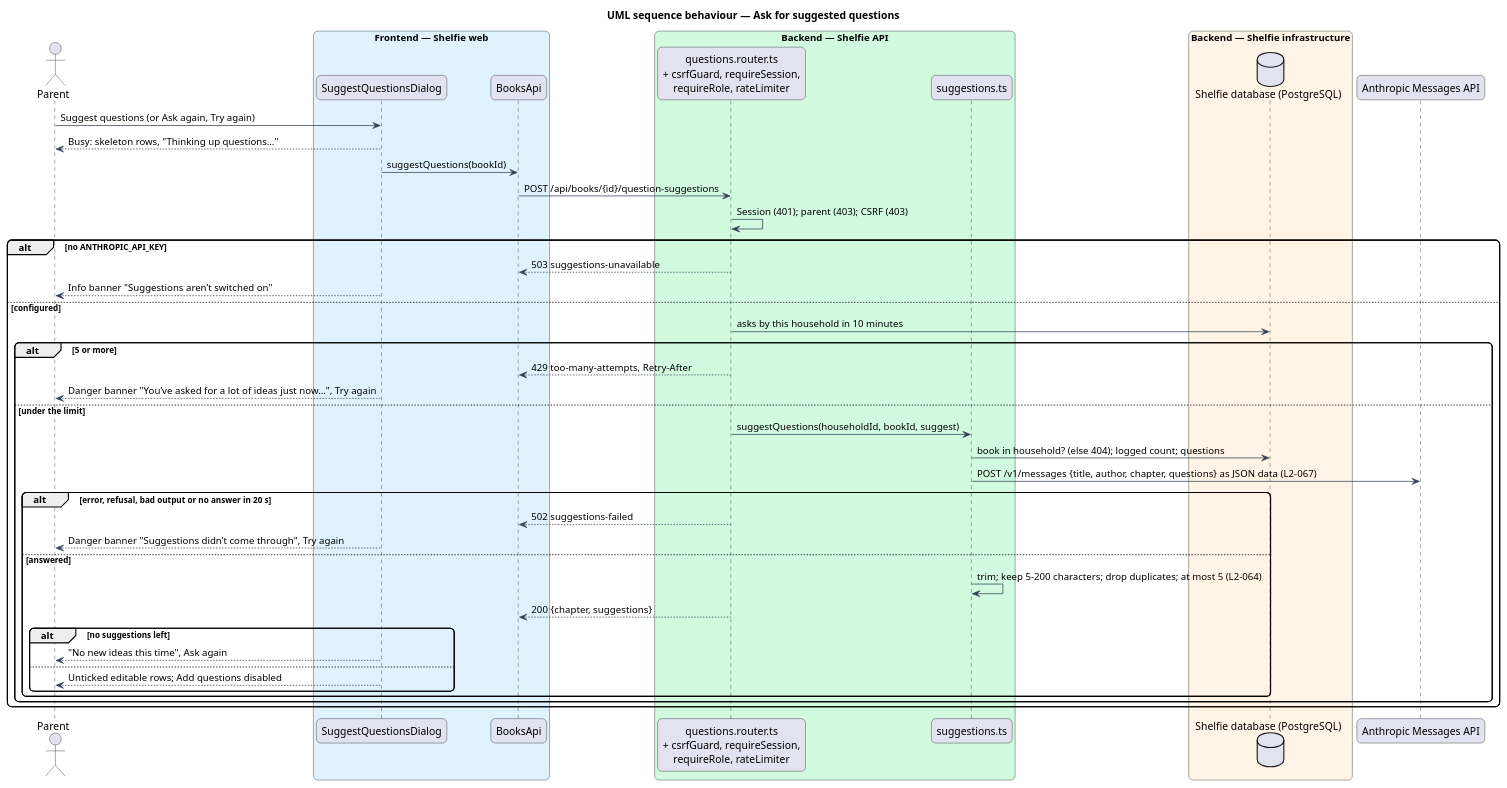
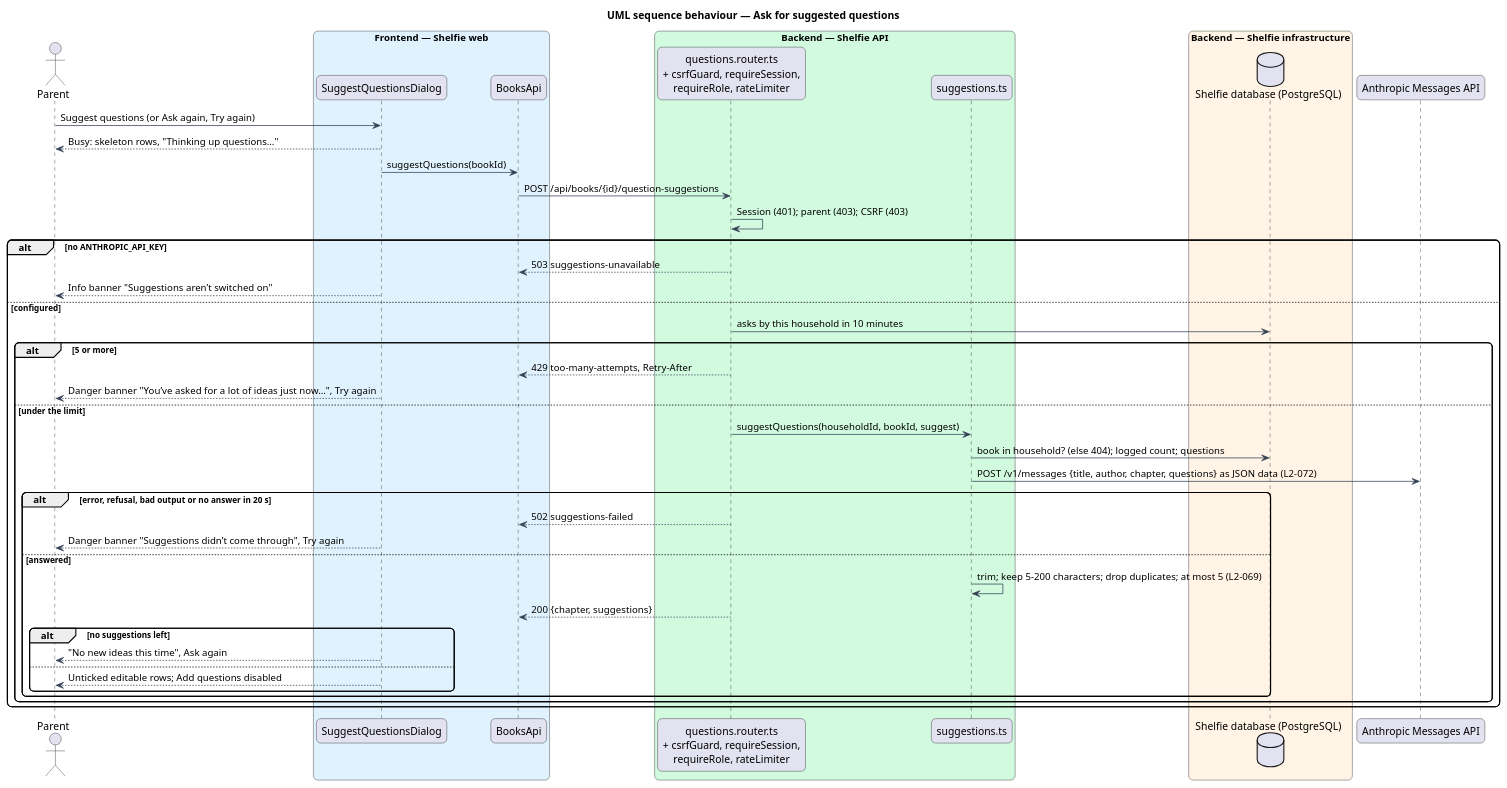
Before and after one commit to QuinntyneBrown/shelfie: the diagram in docs/detailed-designs/books/suggest-questions/diagrams/sequence-ask-for-suggestions.puml, drawn with PlantUML. The commit also changed 33 other files, not shown here.

```diff
--- a/docs/detailed-designs/books/suggest-questions/diagrams/sequence-ask-for-suggestions.puml
+++ b/docs/detailed-designs/books/suggest-questions/diagrams/sequence-ask-for-suggestions.puml
@@ -1,52 +1,52 @@
 @startuml
 title UML sequence behaviour — Ask for suggested questions
 skinparam backgroundColor #FFFFFF
 skinparam shadowing false
 skinparam roundcorner 12
 skinparam defaultFontName Arial
 skinparam ArrowColor #344054
 actor "Parent" as person
 box "Frontend — Shelfie web" #E0F2FE
   participant "SuggestQuestionsDialog" as dialog
   participant "BooksApi" as client
 end box
 box "Backend — Shelfie API" #D1FADF
   participant "questions.router.ts\n+ csrfGuard, requireSession,\nrequireRole, rateLimiter" as router
   participant "suggestions.ts" as service
 end box
 box "Backend — Shelfie infrastructure" #FFF4E5
   database "Shelfie database (PostgreSQL)" as db
 end box
 participant "Anthropic Messages API" as claude
 person -> dialog : Suggest questions (or Ask again, Try again)
 dialog --> person : Busy: skeleton rows, "Thinking up questions…"
 dialog -> client : suggestQuestions(bookId)
 client -> router : POST /api/books/{id}/question-suggestions
 router -> router : Session (401); parent (403); CSRF (403)
 alt no ANTHROPIC_API_KEY
   router --> client : 503 suggestions-unavailable
   dialog --> person : Info banner "Suggestions aren’t switched on"
 else configured
   router -> db : asks by this household in 10 minutes
   alt 5 or more
     router --> client : 429 too-many-attempts, Retry-After
     dialog --> person : Danger banner "You’ve asked for a lot of ideas just now…", Try again
   else under the limit
     router -> service : suggestQuestions(householdId, bookId, suggest)
     service -> db : book in household? (else 404); logged count; questions
-    service -> claude : POST /v1/messages {title, author, chapter, questions} as JSON data (L2-067)
+    service -> claude : POST /v1/messages {title, author, chapter, questions} as JSON data (L2-072)
     alt error, refusal, bad output or no answer in 20 s
       router --> client : 502 suggestions-failed
       dialog --> person : Danger banner "Suggestions didn’t come through", Try again
     else answered
-      service -> service : trim; keep 5–200 characters; drop duplicates; at most 5 (L2-064)
+      service -> service : trim; keep 5–200 characters; drop duplicates; at most 5 (L2-069)
       router --> client : 200 {chapter, suggestions}
       alt no suggestions left
         dialog --> person : "No new ideas this time", Ask again
       else
         dialog --> person : Unticked editable rows; Add questions disabled
       end
     end
   end
 end
 @enduml
```
